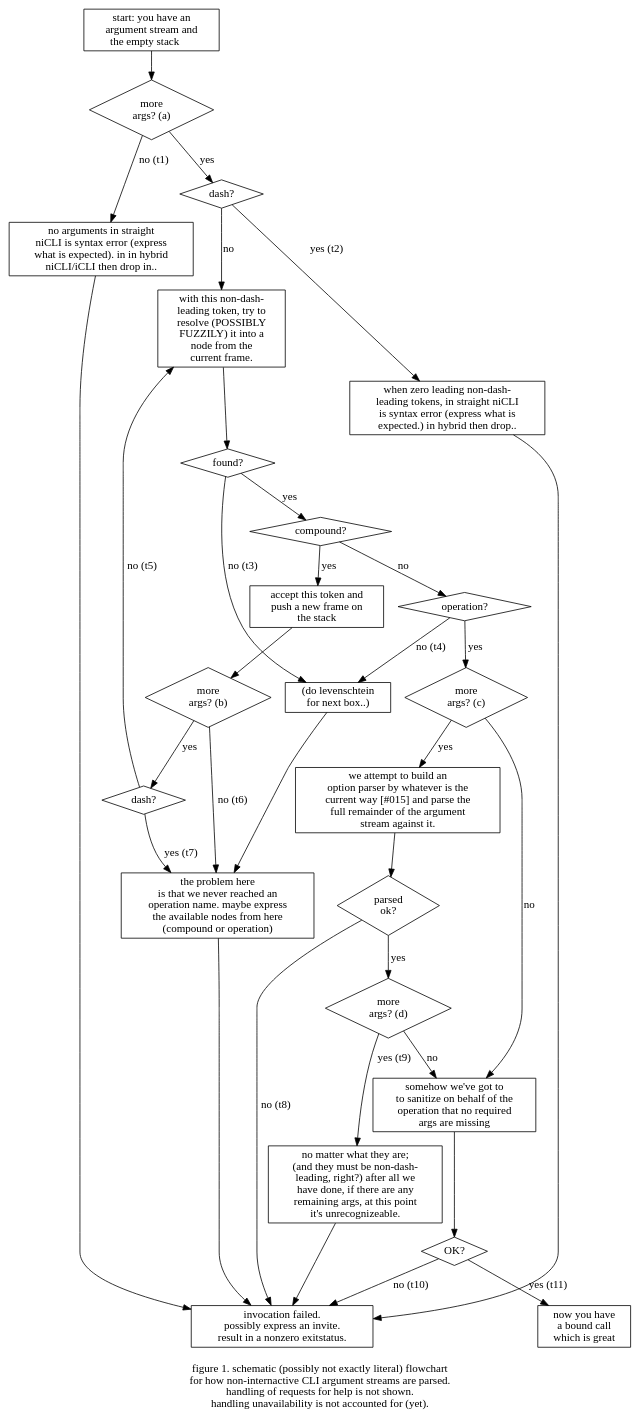
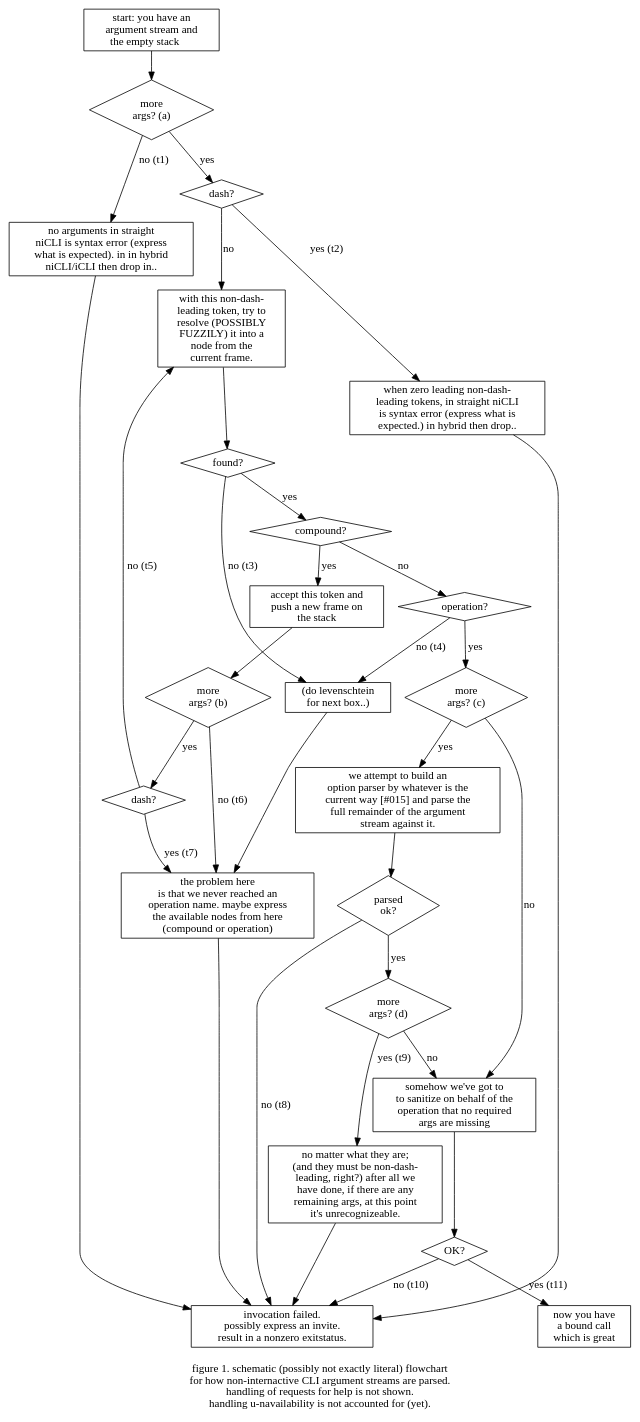
The diagram in zerk/doc/issues/014/figure-1-parsing-flowchart.dot (hipe/tmx), drawn with Graphviz before and after one commit. The commit also changed 51 other files, not shown here.

```diff
--- a/zerk/doc/issues/014/figure-1-parsing-flowchart.dot
+++ b/zerk/doc/issues/014/figure-1-parsing-flowchart.dot
@@ -1,116 +1,116 @@
 digraph g {
 
 label="
 figure 1. schematic (possibly not exactly literal) flowchart
 for how non-internactive CLI argument streams are parsed.
 handling of requests for help is not shown.
-handling unavailability is not accounted for (yet)."
+handling u-navailability is not accounted for (yet)."
 
 /* states */
 
 state_start [shape=rectangle label="start: you have an
 argument stream and
 the empty stack     "]
 
 state_no_args [shape=rectangle label="no arguments in straight
 niCLI is syntax error (express
 what is expected). in in hybrid
 niCLI/iCLI then drop in.."]
 
 state_early_opt [shape=rectangle label="when zero leading non-dash-
 leading tokens, in straight niCLI
 is syntax error (express what is
 expected.) in hybrid then drop.."]
 
 state_parse_one [shape=rectangle label="with this non-dash-
 leading token, try to
 resolve (POSSIBLY
 FUZZILY) it into a
 node from the
 current frame."]
 
 state_levenschtein [shape=rectangle label="(do levenschtein
 for next box..)"]
 
 state_push [shape=rectangle label="accept this token and
 push a new frame on
 the stack"]
 
 state_op [shape=rectangle label="we attempt to build an
 option parser by whatever is the
 current way [#015] and parse the
 full remainder of the argument
 stream against it."]
 
 state_never_reached_operation [shape=rectangle label="the problem here
 is that we never reached an
 operation name. maybe express
 the available nodes from here
 (compound or operation)"]
 
 state_please_no_more_args [shape=rectangle label="no matter what they are;
 (and they must be non-dash-
 leading, right?) after all we
 have done, if there are any
 remaining args, at this point
 it's unrecognizeable."]
 
 state_failed [shape=rectangle label="invocation failed.
 possibly express an invite.
 result in a nonzero exitstatus." ]
 
 state_normalize [shape=rectangle label="somehow we've got to
 to sanitize on behalf of the
 operation that no required
 args are missing"]
 
 state_succeeded [shape=rectangle label="now you have
 a bound call
 which is great"]
 
 /* questions & transitions */
 
 state_start -> q1
 q1 [shape=diamond label="more\nargs? (a)"]
 q1->state_no_args [label="no (t1)"]
 state_no_args->state_failed
 q1->q2 [label="yes"]
 q2 [shape=diamond label="dash?"]
 q2->state_early_opt [label="yes (t2)"]
 state_early_opt->state_failed
 q2->state_parse_one [label="no"]
 state_parse_one->q3
 q3 [shape=diamond label="found?"]
 q3->state_levenschtein [label="no (t3)"]
 state_levenschtein -> state_never_reached_operation
 q3->q4 [label="yes"]
 q4 [shape=diamond label="compound?"]
 q4->state_push [label="yes"]
 q4->q7 [label="no"]
 state_push -> q5
 q5 [shape=diamond label="more\nargs? (b)"]
 q5->state_never_reached_operation [label="no (t6)"]
 state_never_reached_operation -> state_failed
 q5->q6 [label="yes"]
 q6 [shape=diamond label="dash?"]
 q6->state_never_reached_operation [label="yes (t7)"]
 q6->state_parse_one [label="no (t5)"]
 q7 [shape=diamond label="operation?"]
 q7->q8 [label="yes"]
 q7->state_levenschtein [label="no (t4)"]
 q8 [shape=diamond label="more\nargs? (c)"]
 q8->state_op [label="yes"]
 q8->state_normalize [label="no"]
 state_op->q9
 q9 [shape=diamond label="parsed\nok?"]
 q9->state_failed [label="no (t8)"]
 q9->q10 [label="yes"]
 q10 [shape=diamond label="more\nargs? (d)"]
 q10->state_please_no_more_args [label="yes (t9)"]
 state_please_no_more_args->state_failed
 q10->state_normalize [label="no"]
 state_normalize->q11
 q11 [shape=diamond label="OK?"]
 q11->state_failed [label="no (t10)"]
 q11->state_succeeded [label="yes (t11)"]
 }
```
